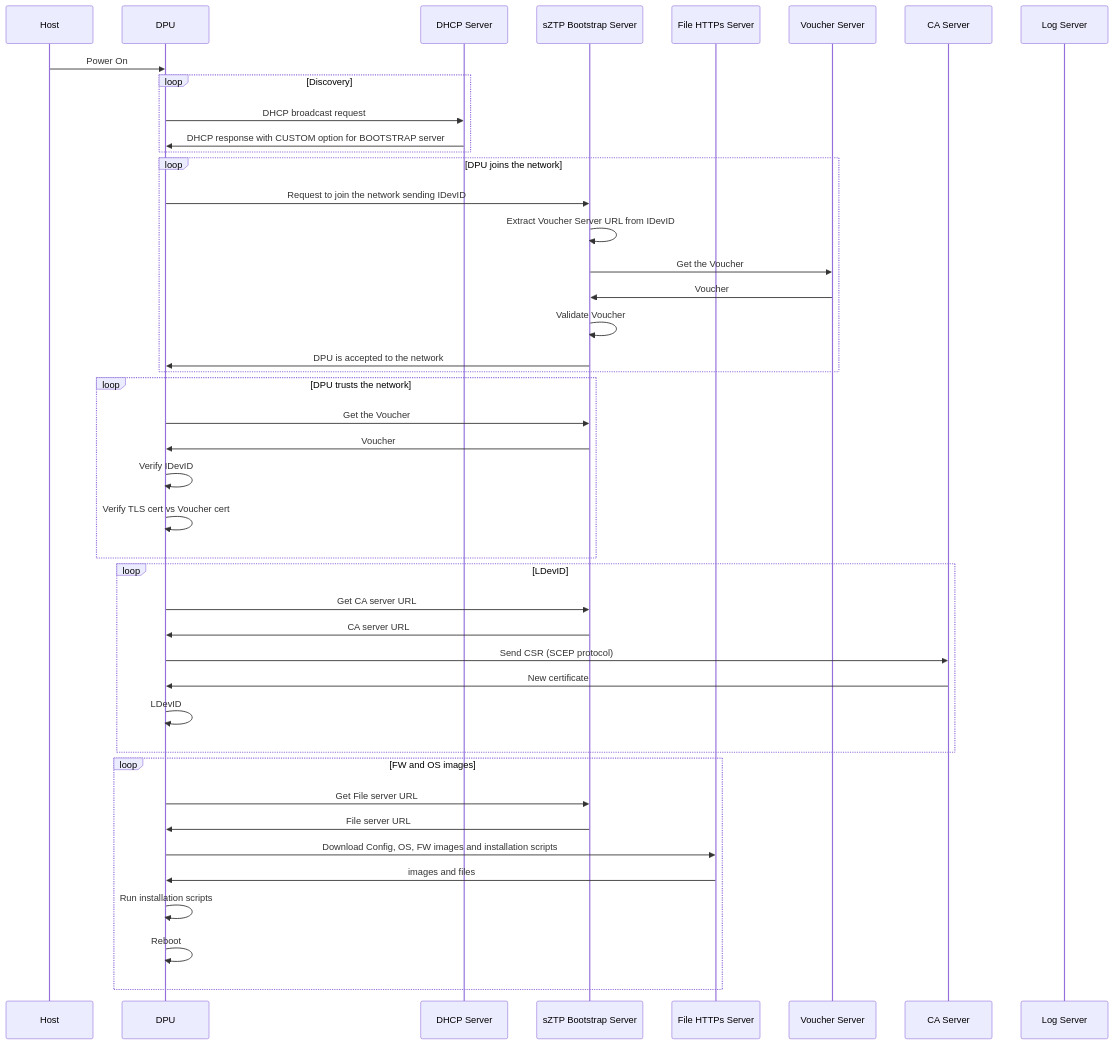
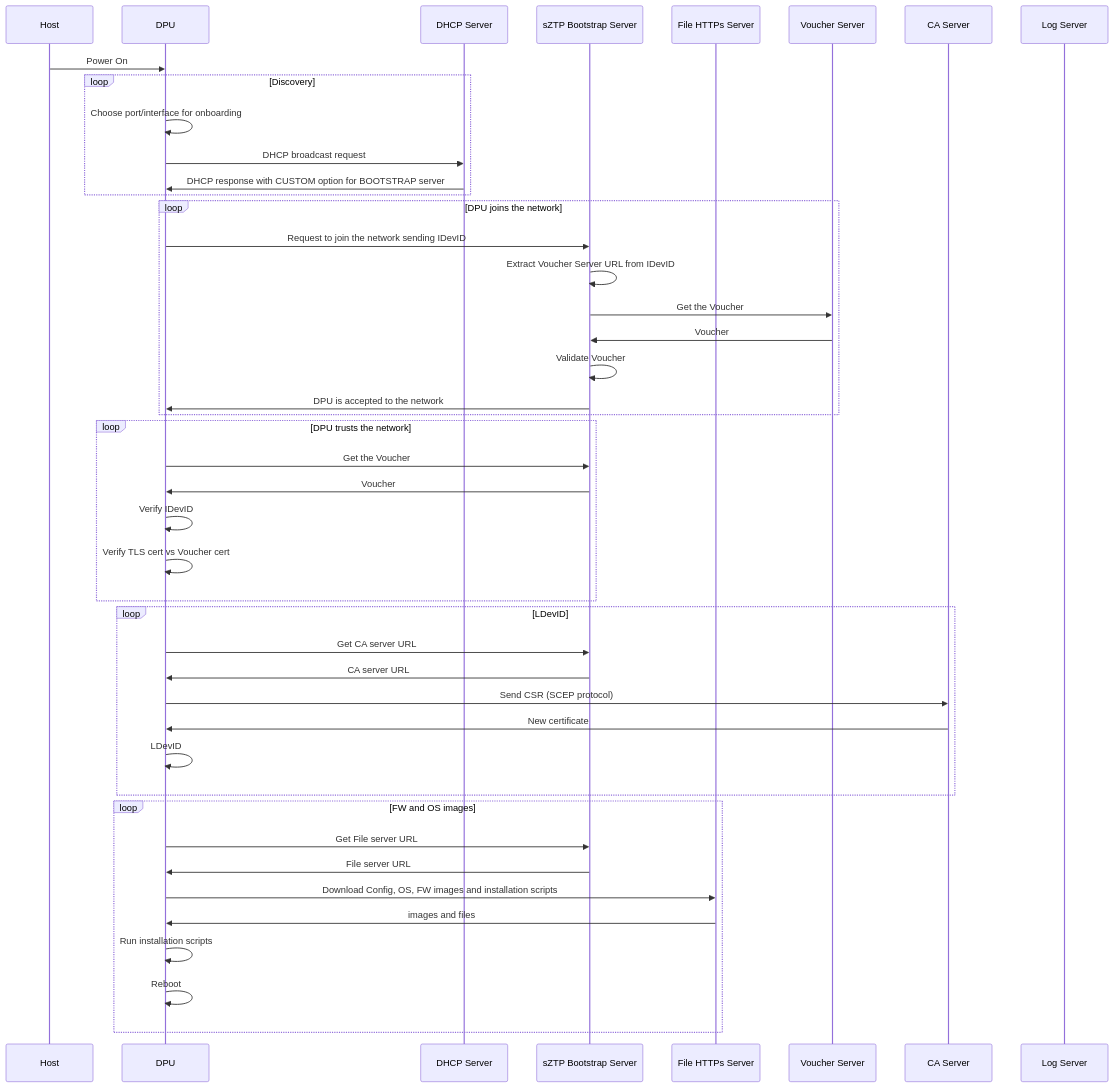
The second of 2 diagrams in ZTP.md (opiproject/sztp), drawn with Mermaid before and after one commit.

````diff
--- a/ZTP.md
+++ b/ZTP.md
@@ -102,46 +102,47 @@
 ```mermaid
 sequenceDiagram
     participant Host
     participant DPU
     participant DHCP as DHCP Server
     participant SZTP as sZTP Bootstrap Server
     participant HTTP as File HTTPs Server
     participant Voucher as Voucher Server
     participant CA as CA Server
     participant LOG as Log Server
     Host->>DPU: Power On
     loop Discovery
+       DPU->>DPU: Choose port/interface for onboarding
        DPU->>DHCP: DHCP broadcast request
        DHCP->>DPU: DHCP response with CUSTOM option for BOOTSTRAP server
     end
     loop DPU joins the network
        DPU->>SZTP: Request to join the network sending IDevID
        SZTP->>SZTP: Extract Voucher Server URL from IDevID
        SZTP->>Voucher: Get the Voucher
        Voucher->>SZTP: Voucher
        SZTP->>SZTP: Validate Voucher
        SZTP->>DPU: DPU is accepted to the network
     end
     loop DPU trusts the network
        DPU->>SZTP: Get the Voucher
        SZTP->>DPU: Voucher
        DPU->>DPU: Verify IDevID
        DPU->>DPU: Verify TLS cert vs Voucher cert
     end
     loop LDevID
        DPU->>SZTP: Get CA server URL
        SZTP->>DPU: CA server URL
        DPU->>CA: Send CSR (SCEP protocol)
        CA->>DPU: New certificate
        DPU->>DPU: LDevID
     end
     loop FW and OS images
        DPU->>SZTP: Get File server URL
        SZTP->>DPU: File server URL
        DPU->>HTTP: Download Config, OS, FW images and installation scripts
        HTTP->>DPU: images and files
        DPU->>DPU: Run installation scripts
        DPU->>DPU: Reboot
     end
     
 ```
````
